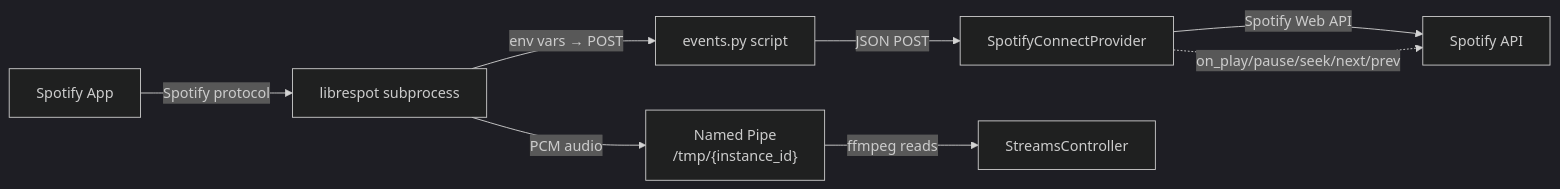
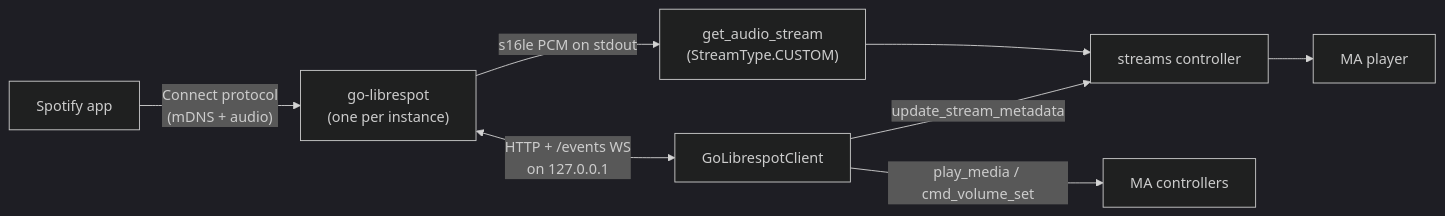
The second of 2 diagrams in docs/architecture/11-plugin-system.md (theturtle32/music-assistant-server), drawn with Mermaid (dark theme) before and after one commit. The commit also changed other lines of this file and 3 other files, not shown here.

First line of the commit message:
docs(architecture): rewrite plugin system for first-class AudioSource media items

````diff
--- a/docs/architecture/11-plugin-system.md
+++ b/docs/architecture/11-plugin-system.md
@@ -227,11 +359,10 @@
 ```mermaid
 graph LR
-    SpotifyApp["Spotify App"] -->|"Spotify protocol"| Librespot["librespot subprocess"]
-    Librespot -->|"PCM audio"| NamedPipe["Named Pipe<br/>/tmp/{instance_id}"]
-    Librespot -->|"env vars → POST"| EventsScript["events.py script"]
-    EventsScript -->|"JSON POST"| Provider["SpotifyConnectProvider"]
-    NamedPipe -->|"ffmpeg reads"| Streams["StreamsController"]
-    Provider -->|"Spotify Web API"| SpotifyAPI["Spotify API"]
-
-    Provider -.->|"on_play/pause/seek/next/prev"| SpotifyAPI
+    SpotifyApp["Spotify app"] -->|"Connect protocol<br/>(mDNS + audio)"| Daemon["go-librespot<br/>(one per instance)"]
+    Daemon -->|"s16le PCM on stdout"| Stream["get_audio_stream<br/>(StreamType.CUSTOM)"]
+    Daemon <-->|"HTTP + /events WS<br/>on 127.0.0.1"| Client["GoLibrespotClient"]
+    Stream --> Core["streams controller"]
+    Core --> Player["MA player"]
+    Client -->|"update_stream_metadata"| Core
+    Client -->|"play_media / cmd_volume_set"| MA["MA controllers"]
 ```
````
